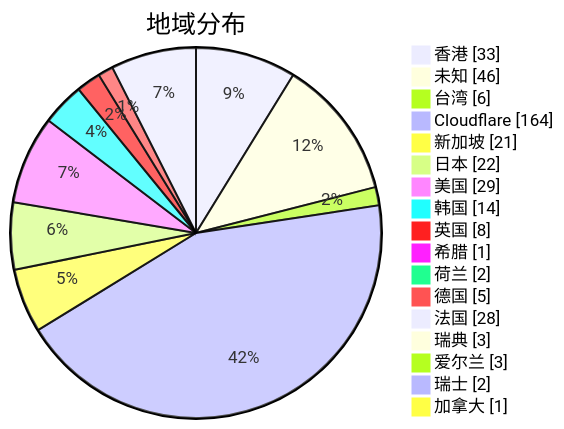
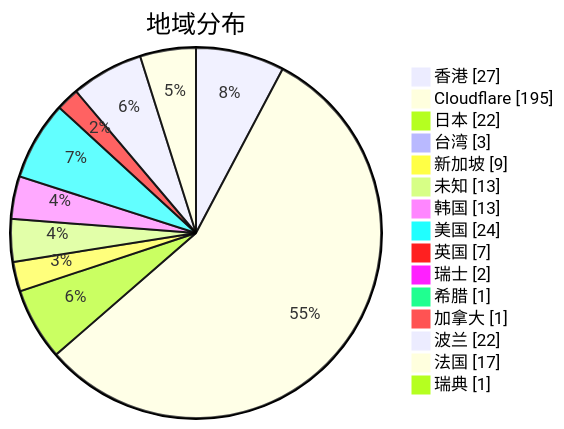
One commit to qjlxg/airport changed the second of 3 diagrams in subs/statistics/tested_within.md. Above: the diagram before and after it, drawn with Mermaid. The commit also changed other lines of this file and 2 other files, not shown here.

````diff
--- a/subs/statistics/tested_within.md
+++ b/subs/statistics/tested_within.md
@@ -13,21 +13,19 @@
 ```mermaid
 pie showData
 title 地域分布
-"香港" : 33
-"未知" : 46
-"台湾" : 6
-"Cloudflare" : 164
-"新加坡" : 21
+"香港" : 27
+"Cloudflare" : 195
 "日本" : 22
-"美国" : 29
-"韩国" : 14
-"英国" : 8
+"台湾" : 3
+"新加坡" : 9
+"未知" : 13
+"韩国" : 13
+"美国" : 24
+"英国" : 7
+"瑞士" : 2
 "希腊" : 1
-"荷兰" : 2
-"德国" : 5
-"法国" : 28
-"瑞典" : 3
-"爱尔兰" : 3
-"瑞士" : 2
 "加拿大" : 1
+"波兰" : 22
+"法国" : 17
+"瑞典" : 1
 ```
````
